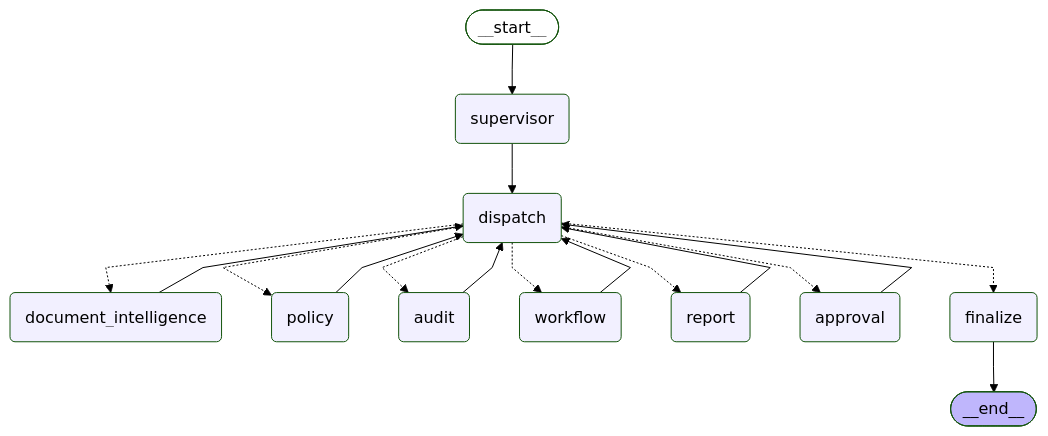
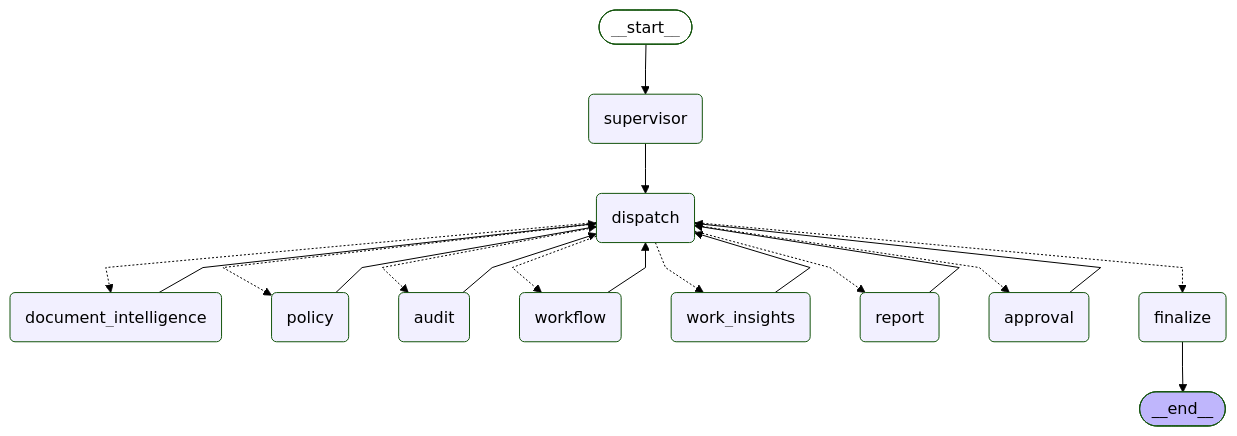
Before and after one commit to itaintlene/HR-Intelligence-360: the diagram in docs/workflow_graph.mmd, drawn with Mermaid (forest theme). The commit also changed 28 other files, not shown here.

```diff
--- a/docs/workflow_graph.mmd
+++ b/docs/workflow_graph.mmd
@@ -1,36 +1,39 @@
 ---
 config:
   flowchart:
     curve: linear
 ---
 graph TD;
 	__start__([<p>__start__</p>]):::first
 	supervisor(supervisor)
 	dispatch(dispatch)
 	document_intelligence(document_intelligence)
 	policy(policy)
 	audit(audit)
 	workflow(workflow)
+	work_insights(work_insights)
 	report(report)
 	approval(approval)
 	finalize(finalize)
 	__end__([<p>__end__</p>]):::last
 	__start__ --> supervisor;
 	approval --> dispatch;
 	audit --> dispatch;
 	dispatch -.-> approval;
 	dispatch -.-> audit;
 	dispatch -.-> document_intelligence;
 	dispatch -.-> finalize;
 	dispatch -.-> policy;
 	dispatch -.-> report;
+	dispatch -.-> work_insights;
 	dispatch -.-> workflow;
 	document_intelligence --> dispatch;
 	policy --> dispatch;
 	report --> dispatch;
 	supervisor --> dispatch;
+	work_insights --> dispatch;
 	workflow --> dispatch;
 	finalize --> __end__;
 	classDef default fill:#f2f0ff,line-height:1.2
 	classDef first fill-opacity:0
 	classDef last fill:#bfb6fc
```
